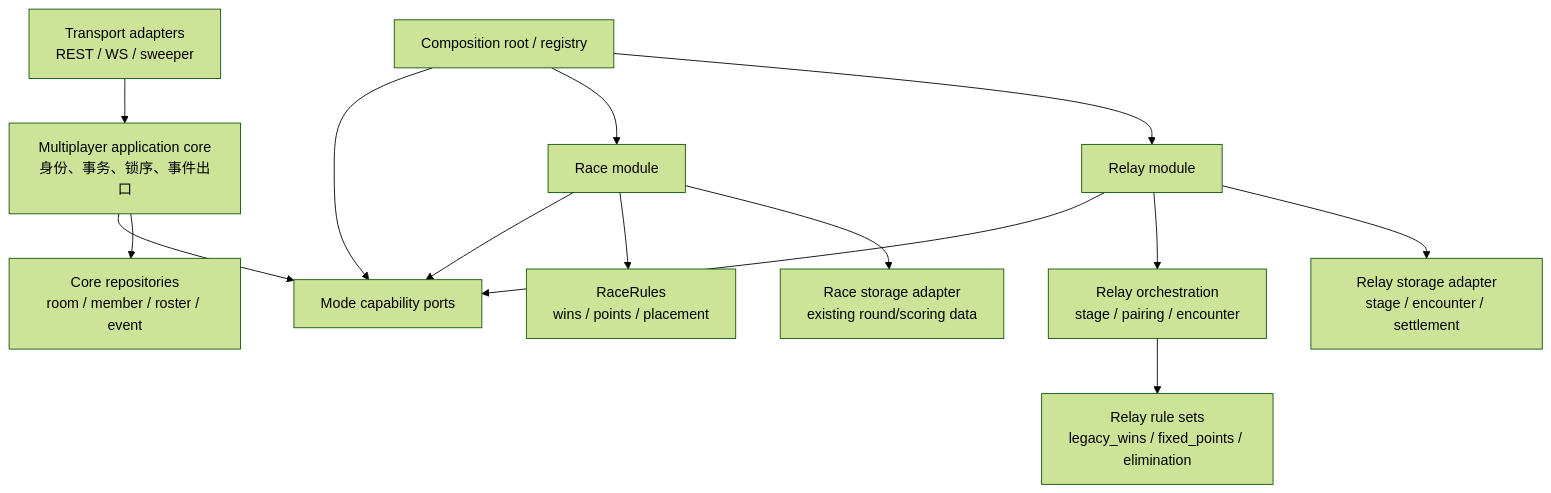
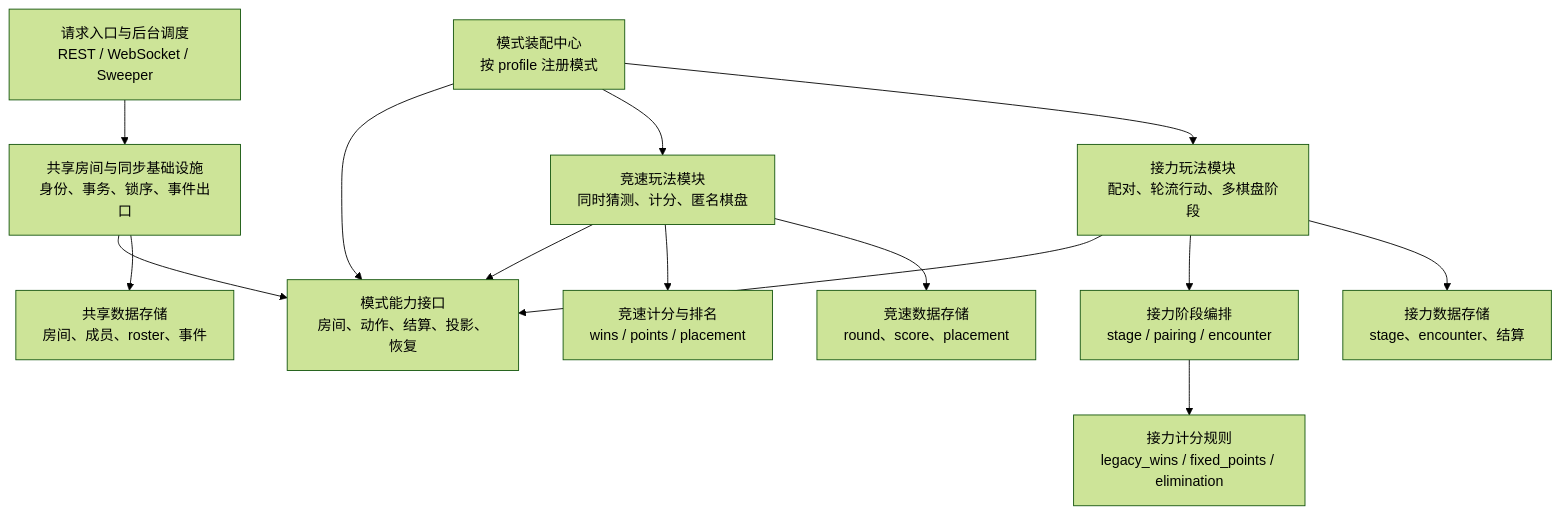
The diagram in docs/multiplayer-relay-expansion/architecture.md (jachinzhang1/TouhouFlandre), drawn with Mermaid (forest theme) before and after one commit. The commit also changed 5 other files, not shown here.

````diff
--- a/docs/multiplayer-relay-expansion/architecture.md
+++ b/docs/multiplayer-relay-expansion/architecture.md
@@ -18,18 +18,18 @@
 ```mermaid
 flowchart TB
-    TRANSPORT["Transport adapters<br/>REST / WS / sweeper"] --> APP["Multiplayer application core<br/>身份、事务、锁序、事件出口"]
-    APP --> PORTS["Mode capability ports"]
-    COMPOSITION["Composition root / registry"] --> PORTS
-    COMPOSITION --> RACE["Race module"]
-    COMPOSITION --> RELAY["Relay module"]
+    TRANSPORT["请求入口与后台调度<br/>REST / WebSocket / Sweeper"] --> APP["共享房间与同步基础设施<br/>身份、事务、锁序、事件出口"]
+    APP --> PORTS["模式能力接口<br/>房间、动作、结算、投影、恢复"]
+    COMPOSITION["模式装配中心<br/>按 profile 注册模式"] --> PORTS
+    COMPOSITION --> RACE["竞速玩法模块<br/>同时猜测、计分、匿名棋盘"]
+    COMPOSITION --> RELAY["接力玩法模块<br/>配对、轮流行动、多棋盘阶段"]
     RACE --> PORTS
     RELAY --> PORTS
 
-    RACE --> RACE_RULES["RaceRules<br/>wins / points / placement"]
-    RELAY --> RELAY_FLOW["Relay orchestration<br/>stage / pairing / encounter"]
-    RELAY_FLOW --> RELAY_RULES["Relay rule sets<br/>legacy_wins / fixed_points / elimination"]
+    RACE --> RACE_RULES["竞速计分与排名<br/>wins / points / placement"]
+    RELAY --> RELAY_FLOW["接力阶段编排<br/>stage / pairing / encounter"]
+    RELAY_FLOW --> RELAY_RULES["接力计分规则<br/>legacy_wins / fixed_points / elimination"]
 
-    APP --> CORE_STORE["Core repositories<br/>room / member / roster / event"]
-    RACE --> RACE_STORE["Race storage adapter<br/>existing round/scoring data"]
-    RELAY --> RELAY_STORE["Relay storage adapter<br/>stage / encounter / settlement"]
+    APP --> CORE_STORE["共享数据存储<br/>房间、成员、roster、事件"]
+    RACE --> RACE_STORE["竞速数据存储<br/>round、score、placement"]
+    RELAY --> RELAY_STORE["接力数据存储<br/>stage、encounter、结算"]
 ```
````
